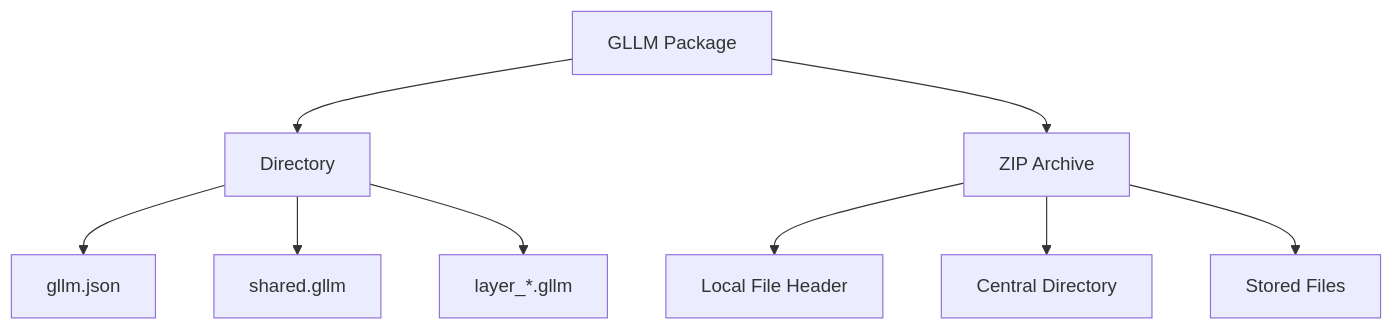
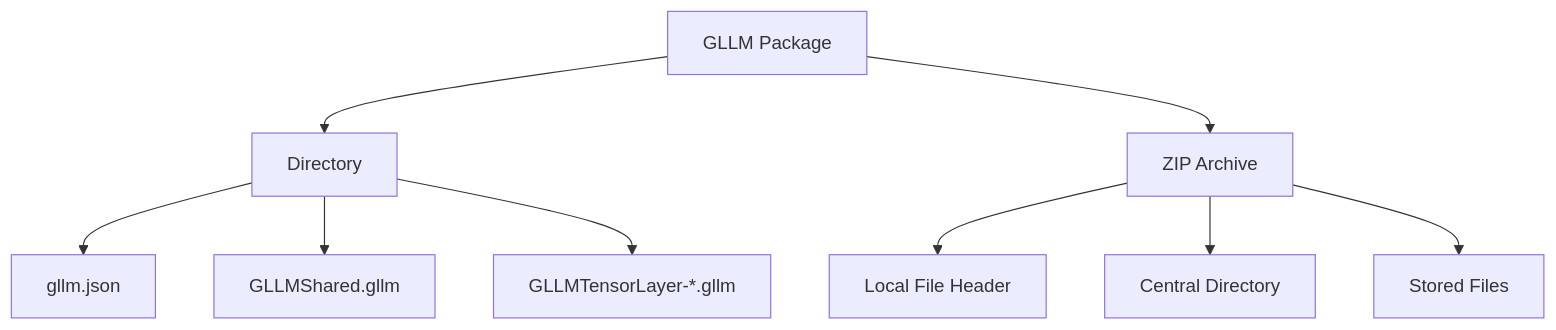
Before and after one commit to gwenland-org/gwenland-ai: the second of 20 diagrams in architecture/GLLM_ARTX/ArchGLLMFormat.md, drawn with Mermaid. The commit also changed other lines of this file and 22 other files, not shown here.

````diff
--- a/architecture/GLLM_ARTX/ArchGLLMFormat.md
+++ b/architecture/GLLM_ARTX/ArchGLLMFormat.md
@@ -314,11 +314,11 @@
 ```mermaid
 graph TD
     A[GLLM Package] --> B[Directory]
     A --> C[ZIP Archive]
     B --> D[gllm.json]
-    B --> E[shared.gllm]
-    B --> F[layer_*.gllm]
+    B --> E[GLLMShared.gllm]
+    B --> F[GLLMTensorLayer-*.gllm]
     C --> G[Local File Header]
     C --> H[Central Directory]
     C --> I[Stored Files]
 ```
````
